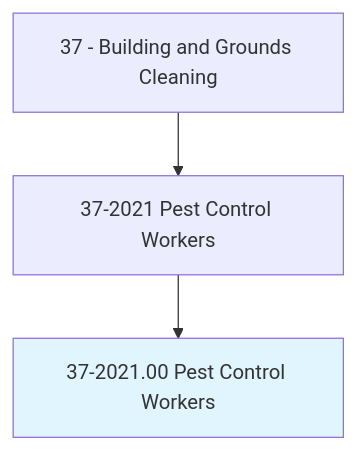
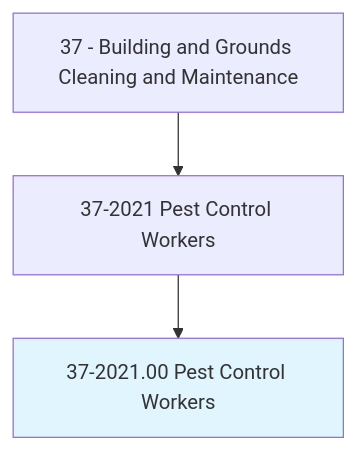
The first of 4 diagrams in occupations/Facilities/PestControlWorkers.mdx (kziemski/business.org.ai), drawn with Mermaid before and after one commit. The commit also changed other lines of this file and 938 other files, not shown here.

````diff
--- a/occupations/Facilities/PestControlWorkers.mdx
+++ b/occupations/Facilities/PestControlWorkers.mdx
@@ -19,6 +23,6 @@
 ```mermaid
 graph TD
-    Cat37["37 - Building and Grounds Cleaning"] --> Group372021["37-2021 Pest Control Workers"]
+    Cat37["37 - Building and Grounds Cleaning and Maintenance"] --> Group372021["37-2021 Pest Control Workers"]
     Group372021 --> Current["37-2021.00 Pest Control Workers"]
     style Current fill:#e1f5fe
 ```
````
